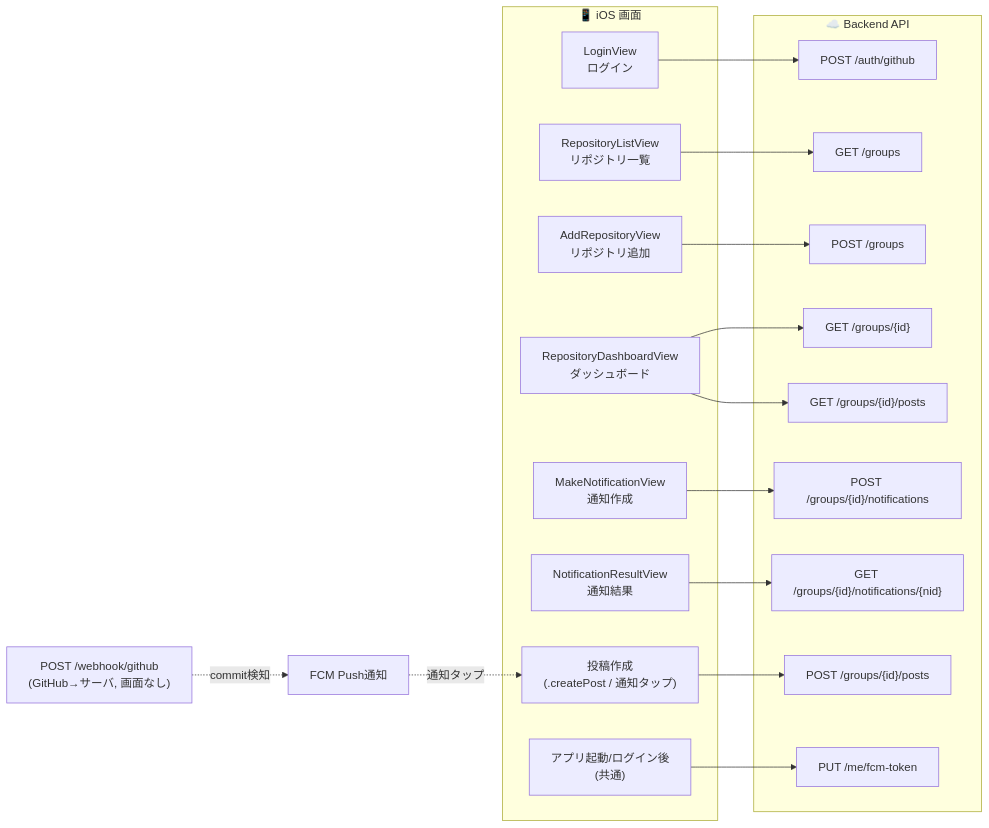
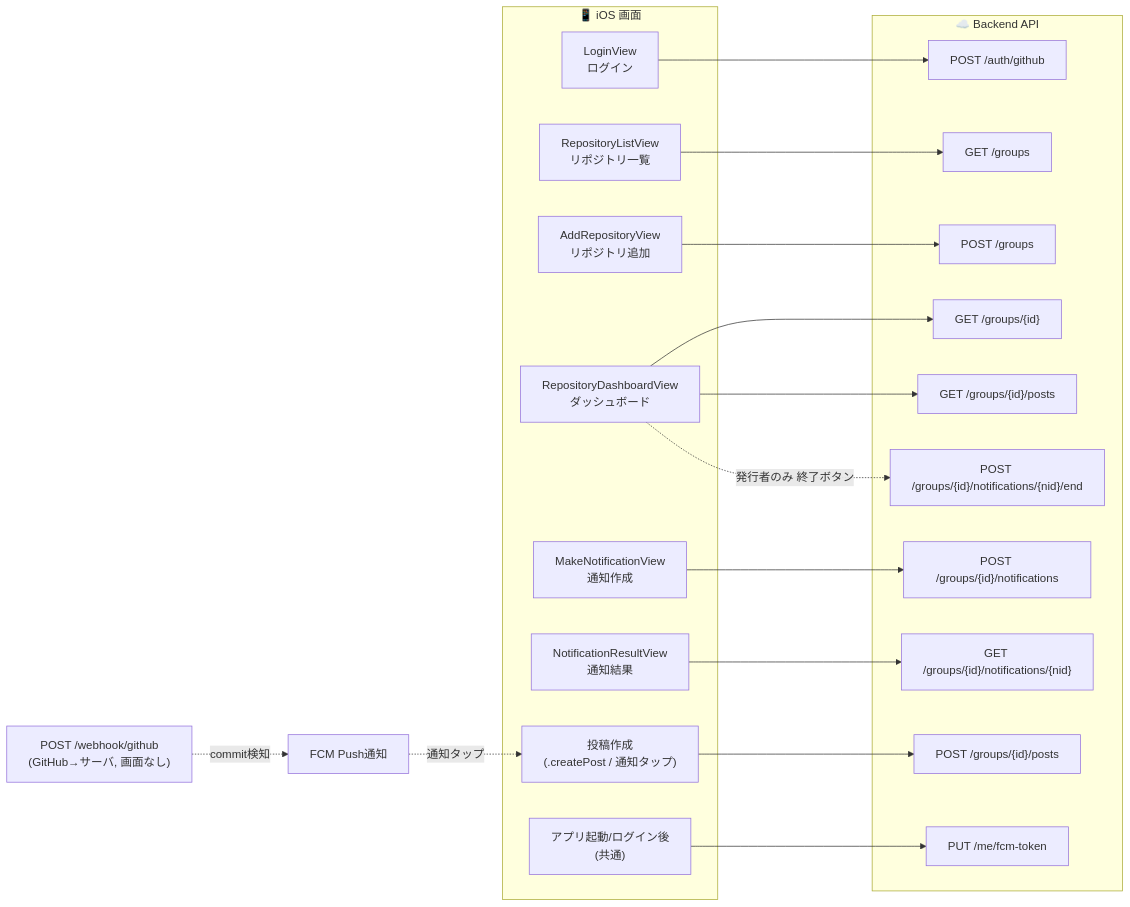
The diagram in docs/api-screen-map.md (geekhackathon-vol3/BeGit), drawn with Mermaid before and after one commit. The commit also changed other lines of this file and 2 other files, not shown here.

````diff
--- a/docs/api-screen-map.md
+++ b/docs/api-screen-map.md
@@ -38,41 +39,43 @@
 ```mermaid
 flowchart LR
     subgraph iOS["📱 iOS 画面"]
         Login["LoginView<br/>ログイン"]
         List["RepositoryListView<br/>リポジトリ一覧"]
         Add["AddRepositoryView<br/>リポジトリ追加"]
         Dash["RepositoryDashboardView<br/>ダッシュボード"]
         Make["MakeNotificationView<br/>通知作成"]
         Result["NotificationResultView<br/>通知結果"]
         Post["投稿作成<br/>(.createPost / 通知タップ)"]
         AppLaunch["アプリ起動/ログイン後<br/>(共通)"]
     end
 
     subgraph API["☁️ Backend API"]
         A1["POST /auth/github"]
         A2["GET /groups"]
         A3["POST /groups"]
         A4["GET /groups/{id}"]
         A5["GET /groups/{id}/posts"]
         A6["POST /groups/{id}/notifications"]
         A7["GET /groups/{id}/notifications/{nid}"]
         A8["POST /groups/{id}/posts"]
         A9["PUT /me/fcm-token"]
+        A10["POST /groups/{id}/notifications/{nid}/end"]
     end
 
     GH["POST /webhook/github<br/>(GitHub→サーバ, 画面なし)"]
     FCM["FCM Push通知"]
 
     Login --> A1
     AppLaunch --> A9
     List --> A2
     Add --> A3
     Dash --> A4
     Dash --> A5
+    Dash -.発行者のみ 終了ボタン.-> A10
     Make --> A6
     Result --> A7
     Post --> A8
 
     GH -.commit検知.-> FCM
     FCM -.通知タップ.-> Post
 ```
````
